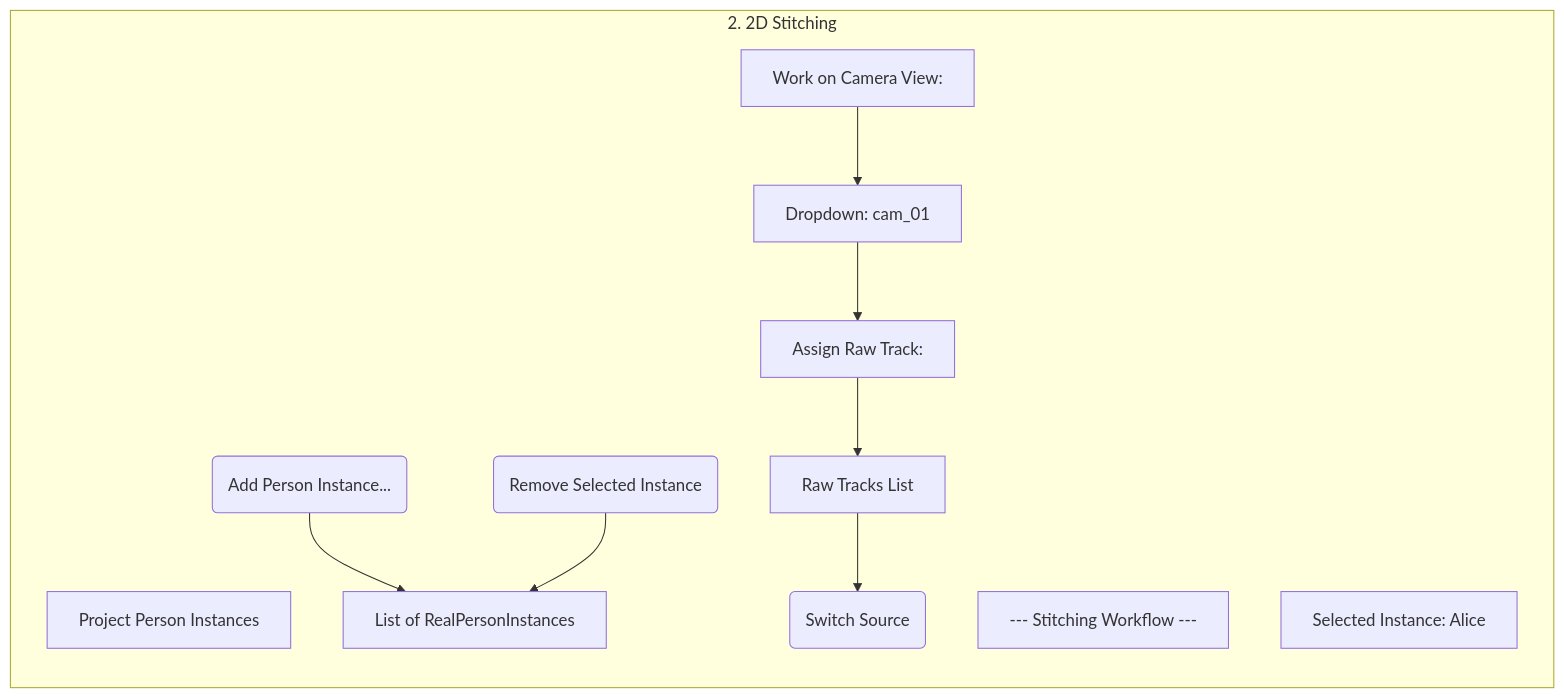
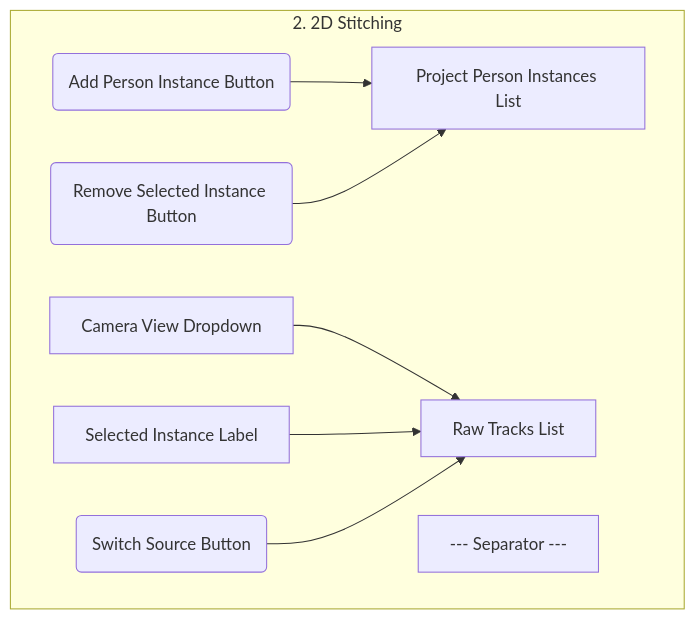
One commit to hkaimio/PoseEdit changed the fourth of 7 diagrams in design.md. Above: the diagram before and after it, drawn with Mermaid. The commit also changed other lines of this file, not shown here.

Commit message:
design: Fix diagrams

````diff
--- a/design.md
+++ b/design.md
@@ -217,21 +219,18 @@
 ```mermaid
 graph TD
     subgraph "2. 2D Stitching"
-        direction TB
-        A["Project Person Instances"]
-        B["List of RealPersonInstances"]
-        C(Add Person Instance...)
-        D(Remove Selected Instance)
-        E["--- Stitching Workflow ---"]
-        F["Work on Camera View:"]
-        G["Dropdown: cam_01"]
-        H["Selected Instance: Alice"]
-        I["Assign Raw Track:"]
-        J["Raw Tracks List"]
-        K(Switch Source)
-
-        C --> B;
-        D --> B;
-        F --> G --> I --> J --> K;
+        A["Project Person Instances List"];
+        B("Add Person Instance Button");
+        C("Remove Selected Instance Button");
+        D["--- Separator ---"];
+        E["Camera View Dropdown"];
+        F["Selected Instance Label"];
+        G["Raw Tracks List"];
+        H("Switch Source Button");
+        B --> A;
+        C --> A;
+        E --> G;
+        F --> G;
+        H --> G;
     end
 ```
````
